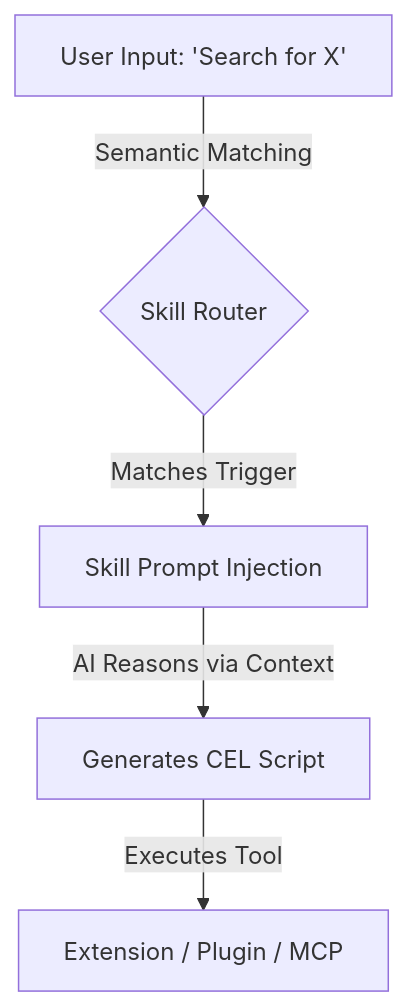
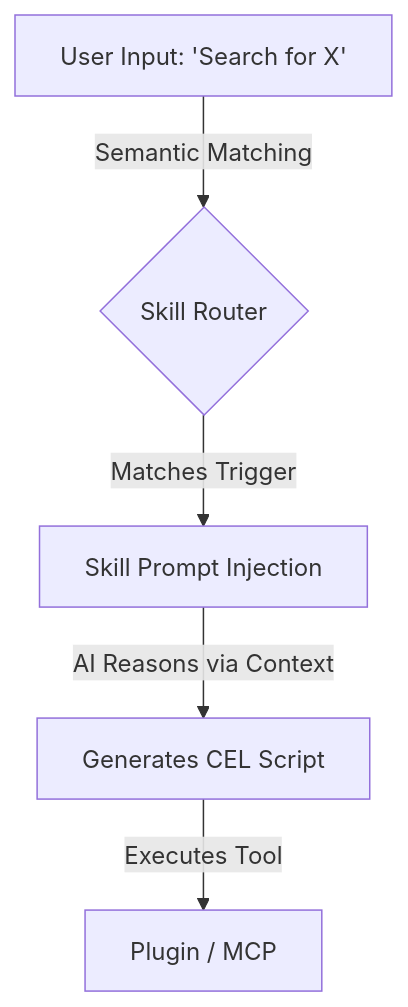
One commit to ayan-kushwaha/cluaiz-hub changed the diagram in docs/tutorials/skills/01-creating-ai-skills.md. Above: the diagram before and after it, drawn with Mermaid. The commit also changed other lines of this file and 104 other files, not shown here.

````diff
--- a/docs/tutorials/skills/01-creating-ai-skills.md
+++ b/docs/tutorials/skills/01-creating-ai-skills.md
@@ -17,7 +17,7 @@
 ```mermaid
 flowchart TD
     A["User Input: 'Search for X'"] -->|Semantic Matching| B{"Skill Router"}
     B -->|Matches Trigger| C["Skill Prompt Injection"]
     C -->|AI Reasons via Context| D["Generates CEL Script"]
-    D -->|Executes Tool| E["Extension / Plugin / MCP"]
+    D -->|Executes Tool| E["Plugin / MCP"]
 ```
````
